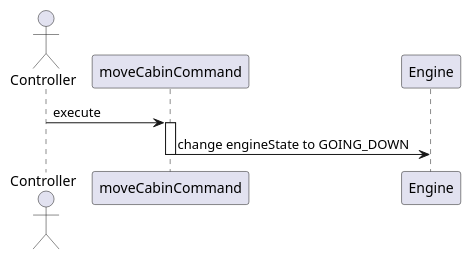
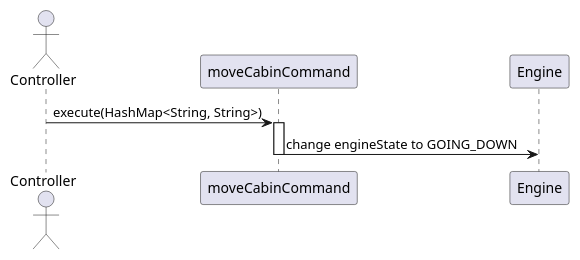
Before and after one commit to valentynliubchenko/BomElevator: the diagram in src/documentation/command/moveCabinCommand.puml, drawn with PlantUML. The commit also changed 3 other files, not shown here.

```diff
--- a/src/documentation/command/moveCabinCommand.puml
+++ b/src/documentation/command/moveCabinCommand.puml
@@ -1,10 +1,10 @@
 @startuml
 
 actor Controller
 
-Controller -> moveCabinCommand: execute
+Controller -> moveCabinCommand: execute(HashMap<String, String>)
 activate moveCabinCommand
 moveCabinCommand -> Engine: change engineState to GOING_DOWN
 deactivate moveCabinCommand
 
 @enduml
```
